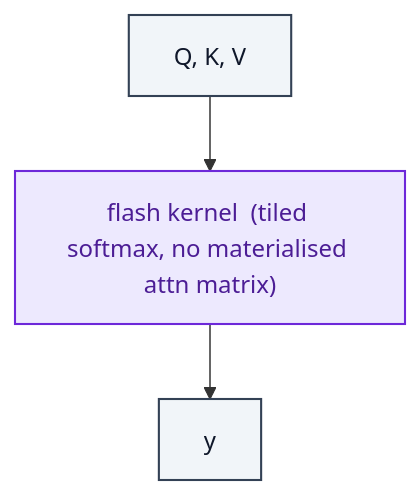
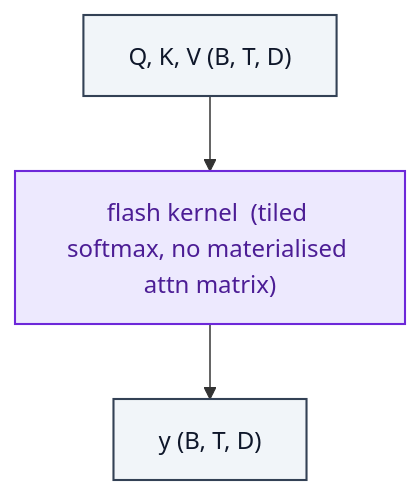
One commit to RealityShifts/Srivastava-book-of-Blocks-diagrams changed the diagram in attention/FlashAttention.md. Above: the diagram before and after it, drawn with Mermaid. The commit also changed 123 other files, not shown here.

````diff
--- a/attention/FlashAttention.md
+++ b/attention/FlashAttention.md
@@ -7,17 +7,18 @@
 ```mermaid
 flowchart TD
-    n0_0["Q, K, V"]:::io
+    n0_0["Q, K, V  (B, T, D)"]:::io
     n1_0["flash kernel  (tiled softmax, no materialised attn matrix)"]:::attn
-    n2_0["y"]:::io
+    n2_0["y  (B, T, D)"]:::io
     n0_0 --> n1_0
     n1_0 --> n2_0
     classDef io fill:#f1f5f9,stroke:#334155,stroke-width:1.4px,color:#0f172a
     classDef op fill:#dbeafe,stroke:#1d4ed8,stroke-width:1.4px,color:#1e3a8a
     classDef norm fill:#dcfce7,stroke:#15803d,stroke-width:1.4px,color:#14532d
     classDef act fill:#ffedd5,stroke:#c2410c,stroke-width:1.4px,color:#7c2d12
     classDef attn fill:#ede9fe,stroke:#6d28d9,stroke-width:1.4px,color:#4c1d95
     classDef merge fill:#fef3c7,stroke:#b45309,stroke-width:1.4px,color:#78350f
     classDef emb fill:#fef9c3,stroke:#a16207,stroke-width:1.4px,color:#713f12
     classDef loss fill:#fee2e2,stroke:#b91c1c,stroke-width:1.4px,color:#7f1d1d
     classDef ctrl fill:#f5f5f4,stroke:#52525b,stroke-width:1.4px,color:#27272a
+    classDef ref fill:#e0f2fe,stroke:#0369a1,stroke-width:2px,color:#0c4a6e,stroke-dasharray: 4 2
 ```
````
